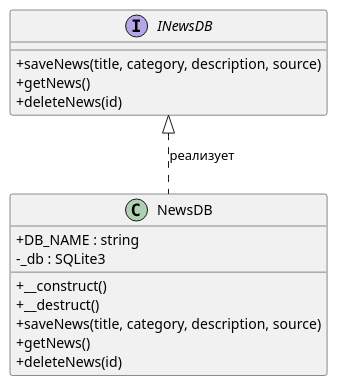
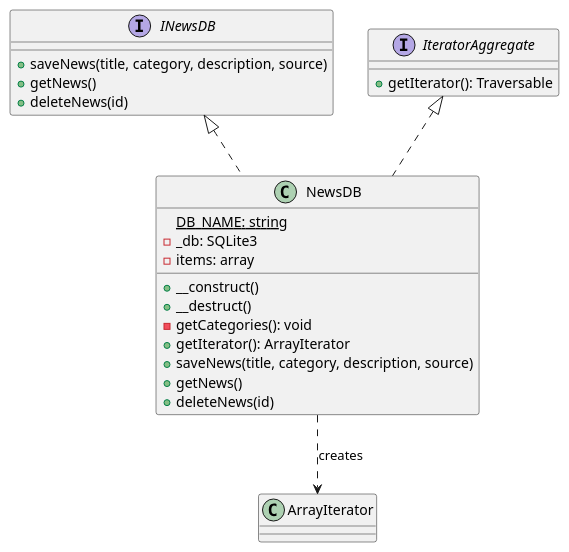
The diagram in lab3/news/uml.puml (Semenovaanzhelika31/web), drawn with PlantUML before and after one commit. The commit also changed 5 other files, not shown here.

```diff
--- a/lab3/news/uml.puml
+++ b/lab3/news/uml.puml
@@ -1,21 +1,30 @@
 @startuml
-skinparam classAttributeIconSize 0
-
 interface INewsDB {
-    +saveNews(title, category, description, source)
-    +getNews()
-    +deleteNews(id)
+  +saveNews(title, category, description, source)
+  +getNews()
+  +deleteNews(id)
 }
 
-class NewsDB {
-    +DB_NAME : string
-    -_db : SQLite3
-    +__construct()
-    +__destruct()
-    +saveNews(title, category, description, source)
-    +getNews()
-    +deleteNews(id)
+interface IteratorAggregate {
+  +getIterator(): Traversable
 }
 
-INewsDB <|.. NewsDB : реализует
+class ArrayIterator
+
+class NewsDB {
+  {static} DB_NAME: string
+  -_db: SQLite3
+  -items: array
+  +__construct()
+  +__destruct()
+  -getCategories(): void
+  +getIterator(): ArrayIterator
+  +saveNews(title, category, description, source)
+  +getNews()
+  +deleteNews(id)
+}
+
+INewsDB <|.. NewsDB
+IteratorAggregate <|.. NewsDB
+NewsDB ..> ArrayIterator : creates
 @enduml
```
